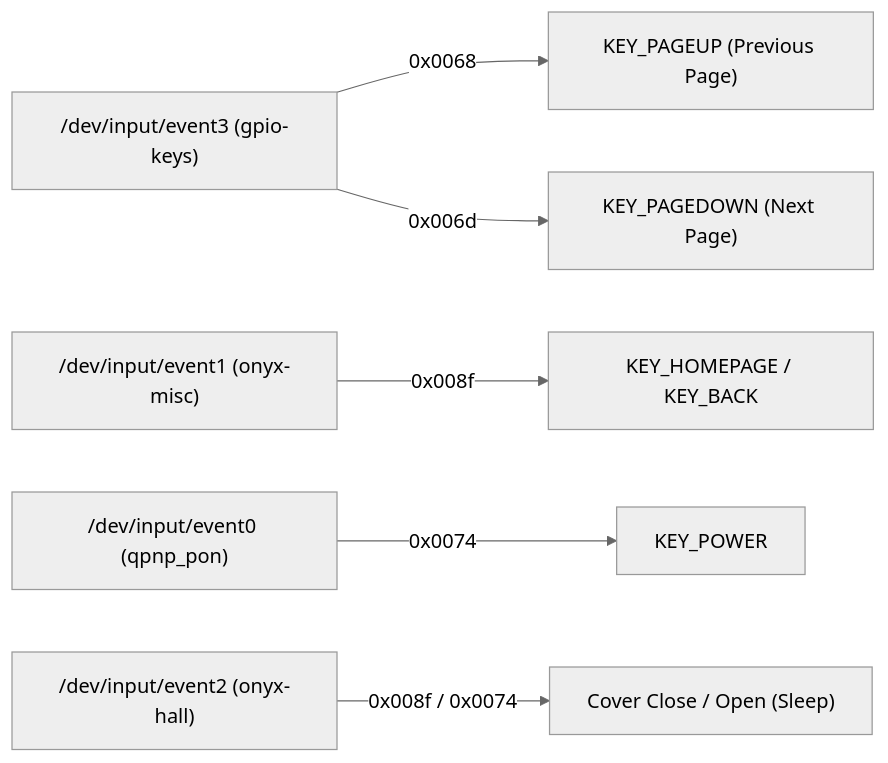
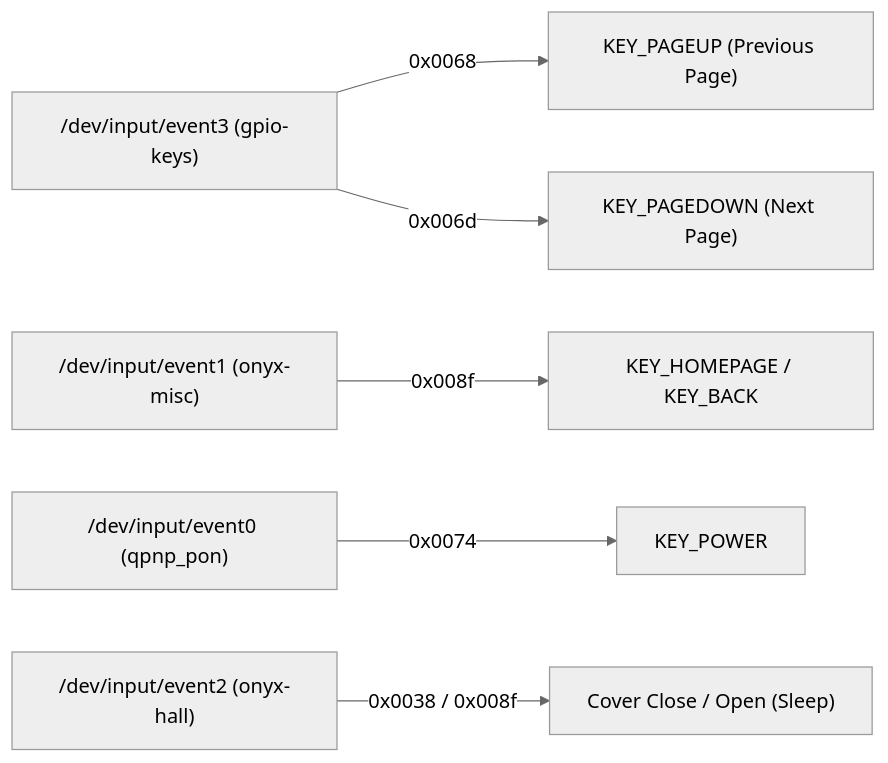
Before and after one commit to Zeusx212/android_device_onyx_c69: the second of 2 diagrams in README.md, drawn with Mermaid (neutral theme). The commit also changed other lines of this file, not shown here.

````diff
--- a/README.md
+++ b/README.md
@@ -120,8 +124,8 @@
 ```mermaid
 flowchart LR
     Event3["/dev/input/event3 (gpio-keys)"] -->|0x0068| K_PREV["KEY_PAGEUP (Previous Page)"]
     Event3 -->|0x006d| K_NEXT["KEY_PAGEDOWN (Next Page)"]
     Event1["/dev/input/event1 (onyx-misc)"] -->|0x008f| K_HOME["KEY_HOMEPAGE / KEY_BACK"]
     Event0["/dev/input/event0 (qpnp_pon)"] -->|0x0074| K_PWR["KEY_POWER"]
-    Event2["/dev/input/event2 (onyx-hall)"] -->|0x008f / 0x0074| K_LID["Cover Close / Open (Sleep)"]
+    Event2["/dev/input/event2 (onyx-hall)"] -->|0x0038 / 0x008f| K_LID["Cover Close / Open (Sleep)"]
 ```
````
